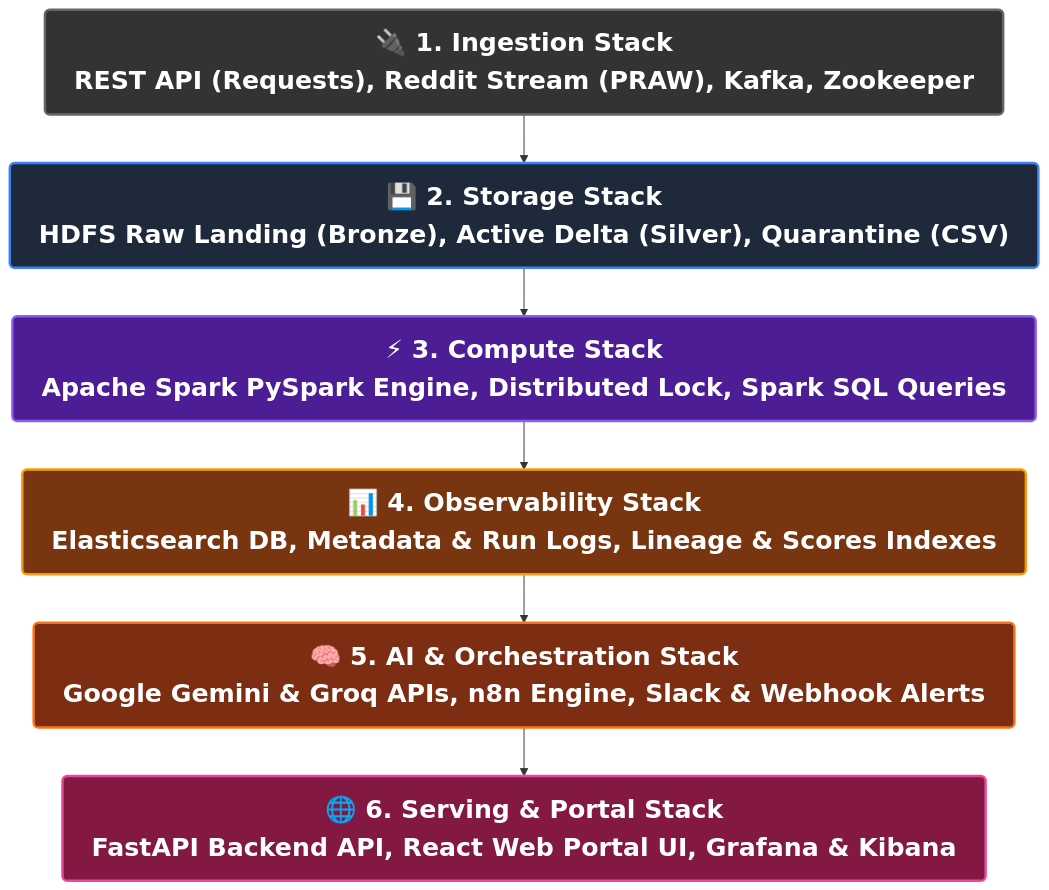
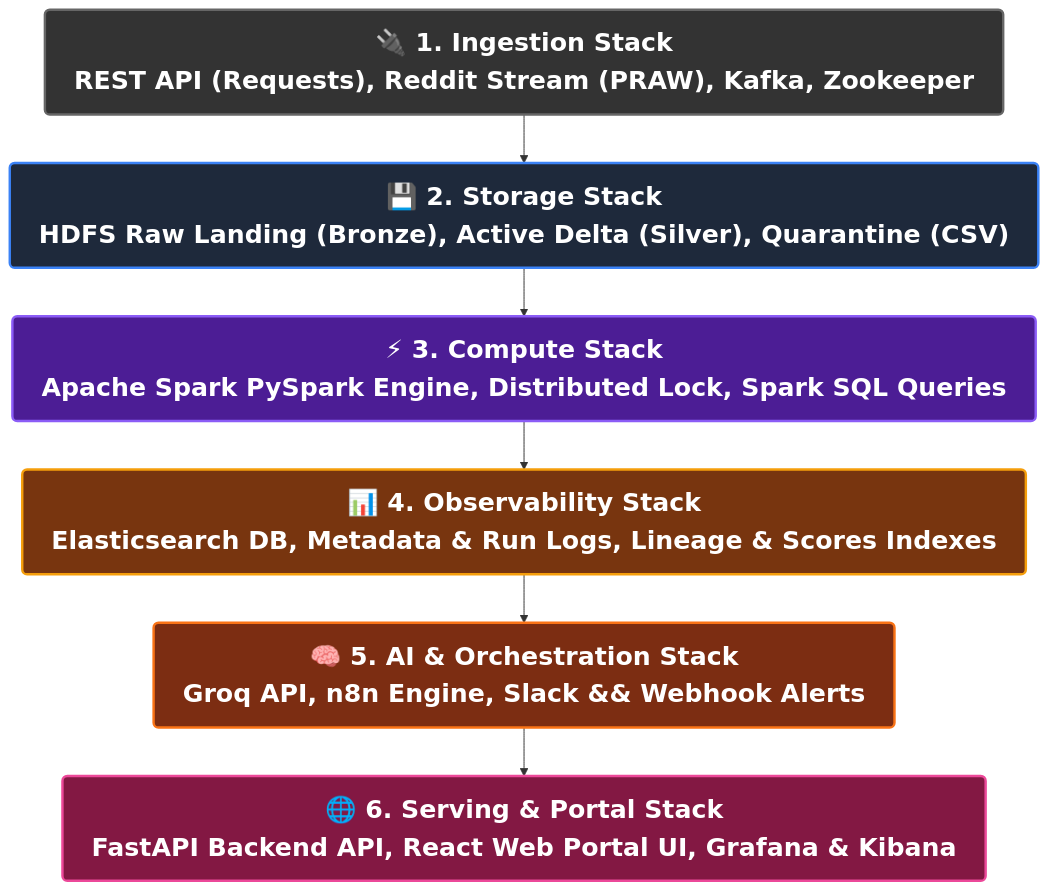
Before and after one commit to fframe11/SQDOP-PROJ: the diagram in docs/technology_stack_map.md, drawn with Mermaid. The commit also changed other lines of this file and 9 other files, not shown here.

Commit message:
feat: remove Gemini completely, migrate AI Advisor settings and pipeline calls to Groq API only

````diff
--- a/docs/technology_stack_map.md
+++ b/docs/technology_stack_map.md
@@ -10,36 +10,36 @@
 ```mermaid
 graph TD
     %% ==========================================
     %% CLASS DEFINITIONS (Enforced NO-WRAP and Balanced Font Size 26px)
     %% ==========================================
     classDef Ingestion fill:#333333,stroke:#666666,stroke-width:2.5px,rx:5px,ry:5px,color:#ffffff,font-size:26px,font-weight:bold,white-space:nowrap;
     classDef Storage fill:#1e293b,stroke:#3b82f6,stroke-width:2.5px,rx:5px,ry:5px,color:#ffffff,font-size:26px,font-weight:bold,white-space:nowrap;
     classDef Compute fill:#4c1d95,stroke:#8b5cf6,stroke-width:2.5px,rx:5px,ry:5px,color:#ffffff,font-size:26px,font-weight:bold,white-space:nowrap;
     classDef Observability fill:#78350f,stroke:#f59e0b,stroke-width:2.5px,rx:5px,ry:5px,color:#ffffff,font-size:26px,font-weight:bold,white-space:nowrap;
     classDef AI fill:#7c2d12,stroke:#f97316,stroke-width:2.5px,rx:5px,ry:5px,color:#ffffff,font-size:26px,font-weight:bold,white-space:nowrap;
     classDef Serving fill:#831843,stroke:#ec4899,stroke-width:2.5px,rx:5px,ry:5px,color:#ffffff,font-size:26px,font-weight:bold,white-space:nowrap;
 
     %% ==========================================
     %% VERTICAL SINGLE COLUMN - FORCED WIDE RECTANGLES
     %% ==========================================
     L1["🔌&nbsp;1.&nbsp;Ingestion&nbsp;Stack<br>REST&nbsp;API&nbsp;(Requests),&nbsp;Reddit&nbsp;Stream&nbsp;(PRAW),&nbsp;Kafka,&nbsp;Zookeeper"]:::Ingestion
     
     L2["💾&nbsp;2.&nbsp;Storage&nbsp;Stack<br>HDFS&nbsp;Raw&nbsp;Landing&nbsp;(Bronze),&nbsp;Active&nbsp;Delta&nbsp;(Silver),&nbsp;Quarantine&nbsp;(CSV)"]:::Storage
     
     L3["⚡&nbsp;3.&nbsp;Compute&nbsp;Stack<br>Apache&nbsp;Spark&nbsp;PySpark&nbsp;Engine,&nbsp;Distributed&nbsp;Lock,&nbsp;Spark&nbsp;SQL&nbsp;Queries"]:::Compute
     
     L4["📊&nbsp;4.&nbsp;Observability&nbsp;Stack<br>Elasticsearch&nbsp;DB,&nbsp;Metadata&nbsp;&&nbsp;Run&nbsp;Logs,&nbsp;Lineage&nbsp;&&nbsp;Scores&nbsp;Indexes"]:::Observability
     
-    L5["🧠&nbsp;5.&nbsp;AI&nbsp;&&nbsp;Orchestration&nbsp;Stack<br>Google&nbsp;Gemini&nbsp;&&nbsp;Groq&nbsp;APIs,&nbsp;n8n&nbsp;Engine,&nbsp;Slack&nbsp;&&nbsp;Webhook&nbsp;Alerts"]:::AI
+    L5["🧠&nbsp;5.&nbsp;AI&nbsp;&&nbsp;Orchestration&nbsp;Stack<br>Groq&nbsp;API,&nbsp;n8n&nbsp;Engine,&nbsp;Slack&nbsp;&&&nbsp;Webhook&nbsp;Alerts"]:::AI
     
     L6["🌐&nbsp;6.&nbsp;Serving&nbsp;&&nbsp;Portal&nbsp;Stack<br>FastAPI&nbsp;Backend&nbsp;API,&nbsp;React&nbsp;Web&nbsp;Portal&nbsp;UI,&nbsp;Grafana&nbsp;&&nbsp;Kibana"]:::Serving
 
     %% ==========================================
     %% CLEAN VERTICAL FLOW
     %% ==========================================
     L1 --> L2
     L2 --> L3
     L3 --> L4
     L4 --> L5
     L5 --> L6
 ```
````
